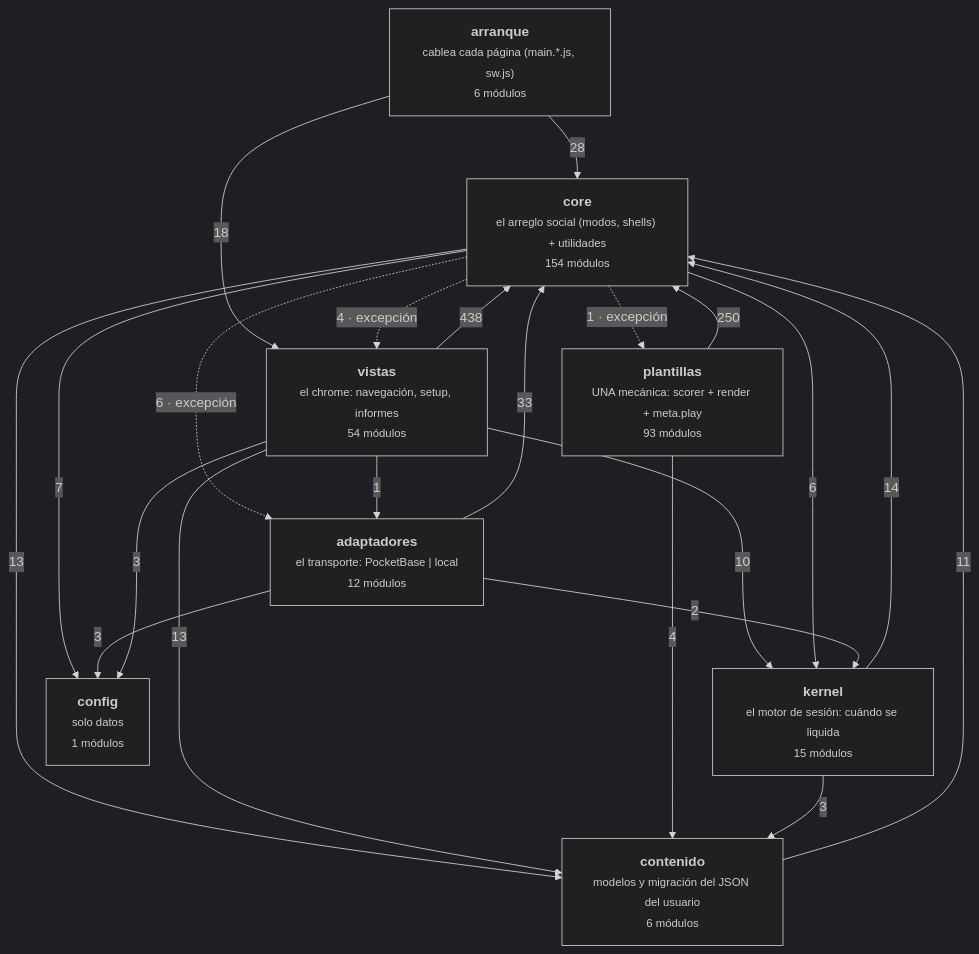
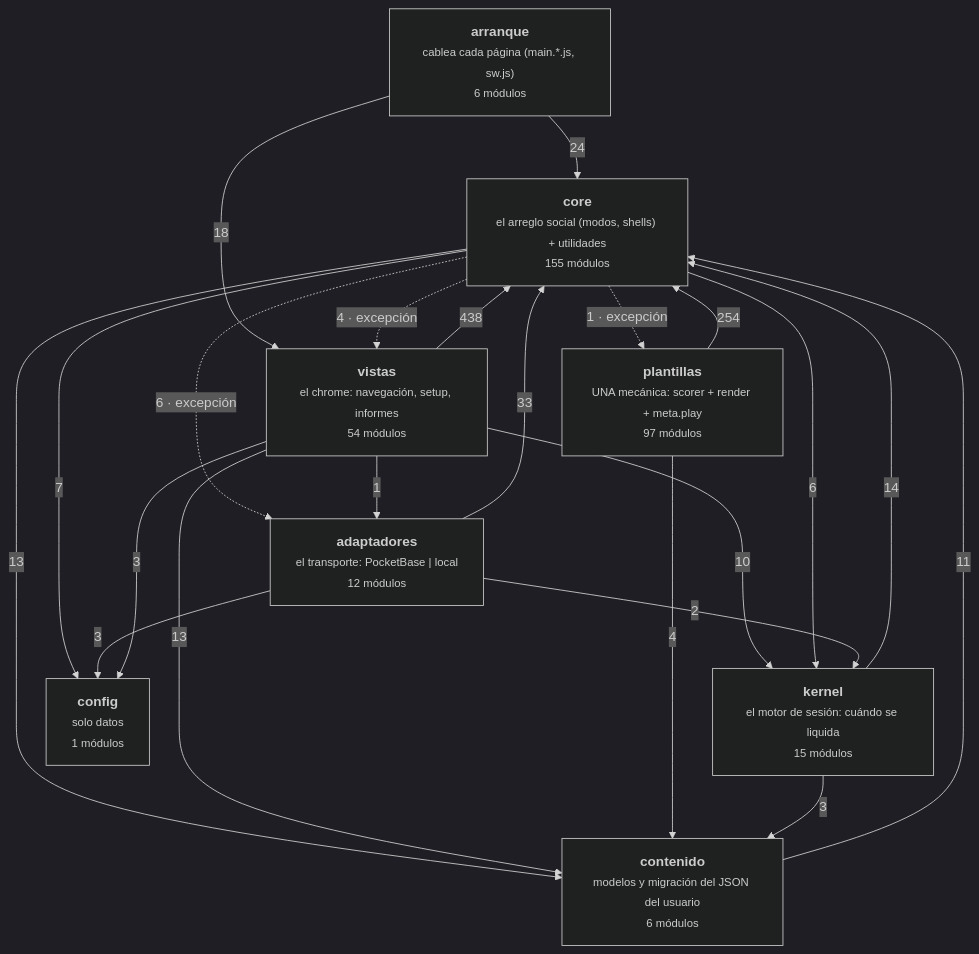
The diagram in docs/arquitectura-modulos.md (duecaz/ac), drawn with Mermaid (dark theme) before and after one commit. The commit also changed other lines of this file and 59 other files, not shown here.

````diff
--- a/docs/arquitectura-modulos.md
+++ b/docs/arquitectura-modulos.md
@@ -56,32 +56,32 @@
 ```mermaid
 graph TD
   A["<b>arranque</b><br/><small>cablea cada página (main.*.js, sw.js)</small><br/><small>6 módulos</small>"]
   V["<b>vistas</b><br/><small>el chrome: navegación, setup, informes</small><br/><small>54 módulos</small>"]
   AD["<b>adaptadores</b><br/><small>el transporte: PocketBase | local</small><br/><small>12 módulos</small>"]
-  C["<b>core</b><br/><small>el arreglo social (modos, shells) + utilidades</small><br/><small>154 módulos</small>"]
+  C["<b>core</b><br/><small>el arreglo social (modos, shells) + utilidades</small><br/><small>155 módulos</small>"]
   K["<b>kernel</b><br/><small>el motor de sesión: cuándo se liquida</small><br/><small>15 módulos</small>"]
-  T["<b>plantillas</b><br/><small>UNA mecánica: scorer + render + meta.play</small><br/><small>93 módulos</small>"]
+  T["<b>plantillas</b><br/><small>UNA mecánica: scorer + render + meta.play</small><br/><small>97 módulos</small>"]
   CO["<b>contenido</b><br/><small>modelos y migración del JSON del usuario</small><br/><small>6 módulos</small>"]
   CF["<b>config</b><br/><small>solo datos</small><br/><small>1 módulos</small>"]
   V -->|438| C
-  T -->|250| C
+  T -->|254| C
   AD -->|33| C
-  A -->|28| C
+  A -->|24| C
   A -->|18| V
   K -->|14| C
   C -->|13| CO
   V -->|13| CO
   CO -->|11| C
   V -->|10| K
   C -->|7| CF
   C -->|6| K
   C -.->|6 · excepción| AD
   C -.->|4 · excepción| V
   T -->|4| CO
   AD -->|3| CF
   K -->|3| CO
   V -->|3| CF
   AD -->|2| K
   C -.->|1 · excepción| T
   V -->|1| AD
 ```
````
